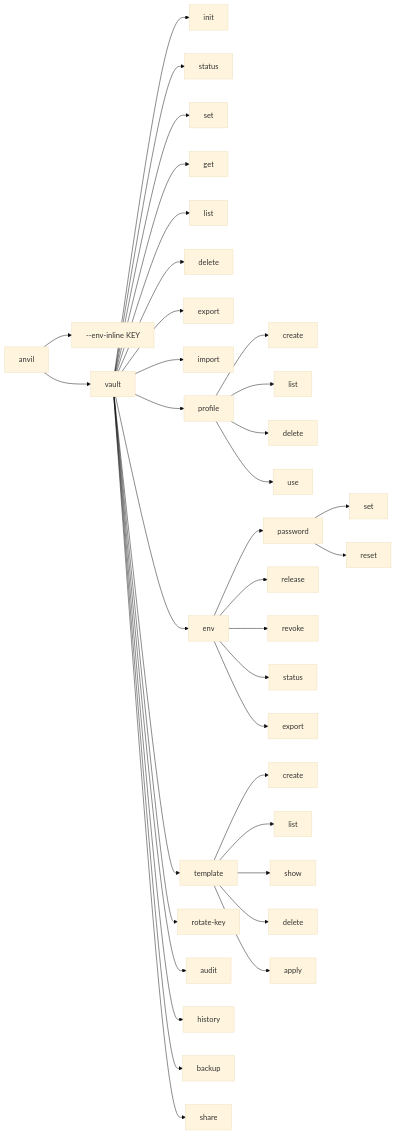
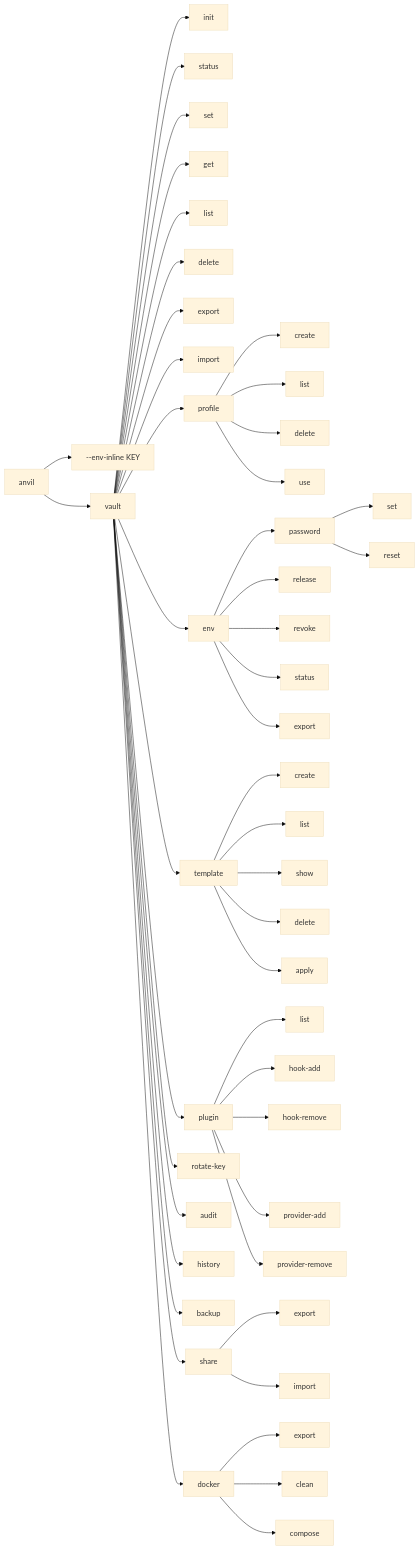
Before and after one commit to inovacc/anvil: the second of 15 diagrams in docs/ARCHITECTURE.md, drawn with Mermaid (base theme). The commit also changed 4 other files, not shown here.

````diff
--- a/docs/ARCHITECTURE.md
+++ b/docs/ARCHITECTURE.md
@@ -59,45 +59,60 @@
 ```mermaid
 graph LR
     root["anvil"]
 
     root --> envInline["--env-inline KEY"]
     root --> vault["vault"]
 
     vault --> init["init"]
     vault --> status["status"]
     vault --> set["set"]
     vault --> get["get"]
     vault --> list["list"]
     vault --> delete["delete"]
     vault --> export["export"]
     vault --> import_["import"]
     vault --> prof["profile"]
     vault --> env["env"]
 
     prof --> pcreate["create"]
     prof --> plist["list"]
     prof --> pdelete["delete"]
     prof --> puse["use"]
 
     vault --> tmpl["template"]
+    vault --> plugin["plugin"]
     vault --> rotate["rotate-key"]
     vault --> audit["audit"]
     vault --> history["history"]
     vault --> backup["backup"]
     vault --> share["share"]
+    vault --> docker["docker"]
 
     env --> password["password"]
     env --> release["release"]
     env --> revoke["revoke"]
     env --> estatus["status"]
     env --> eexport["export"]
 
     password --> pwset["set"]
     password --> pwreset["reset"]
 
     tmpl --> tcreate["create"]
     tmpl --> tlist["list"]
     tmpl --> tshow["show"]
     tmpl --> tdelete["delete"]
     tmpl --> tapply["apply"]
+
+    plugin --> pllist["list"]
+    plugin --> plhookadd["hook-add"]
+    plugin --> plhookrm["hook-remove"]
+    plugin --> plprovadd["provider-add"]
+    plugin --> plprovrm["provider-remove"]
+
+    share --> sexport["export"]
+    share --> simport["import"]
+
+    docker --> dexport["export"]
+    docker --> dclean["clean"]
+    docker --> dcompose["compose"]
 ```
````
